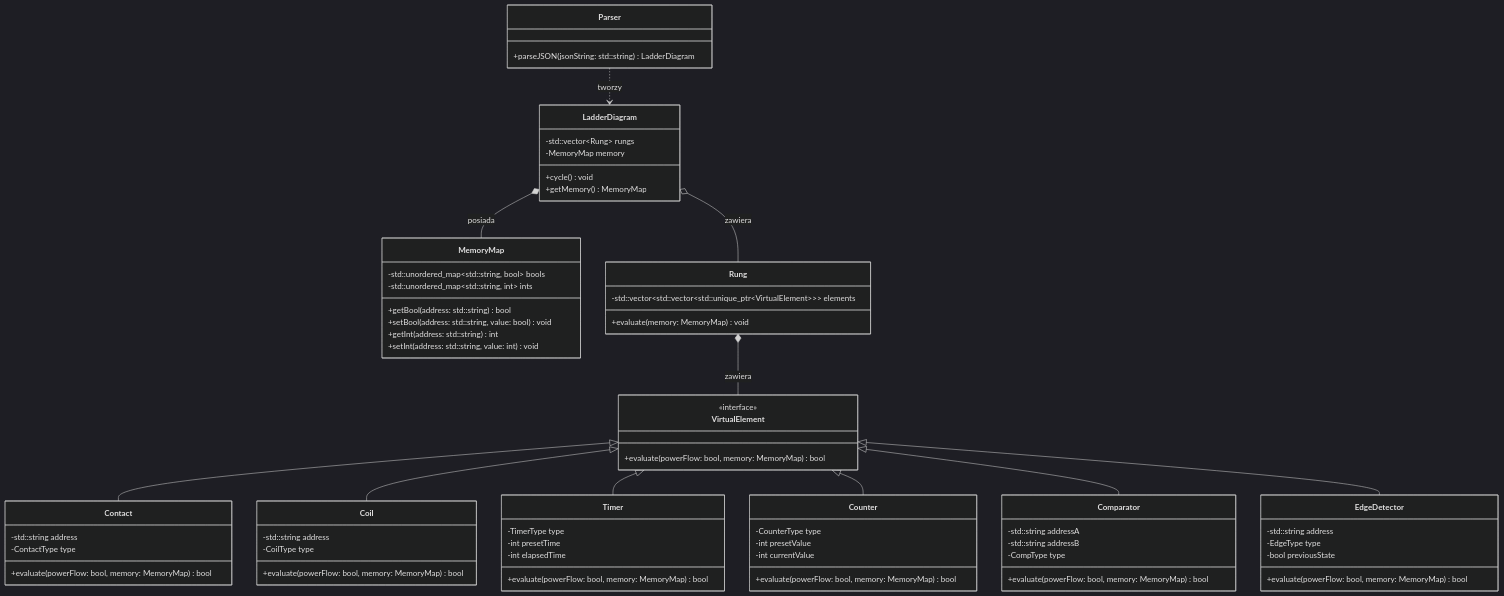
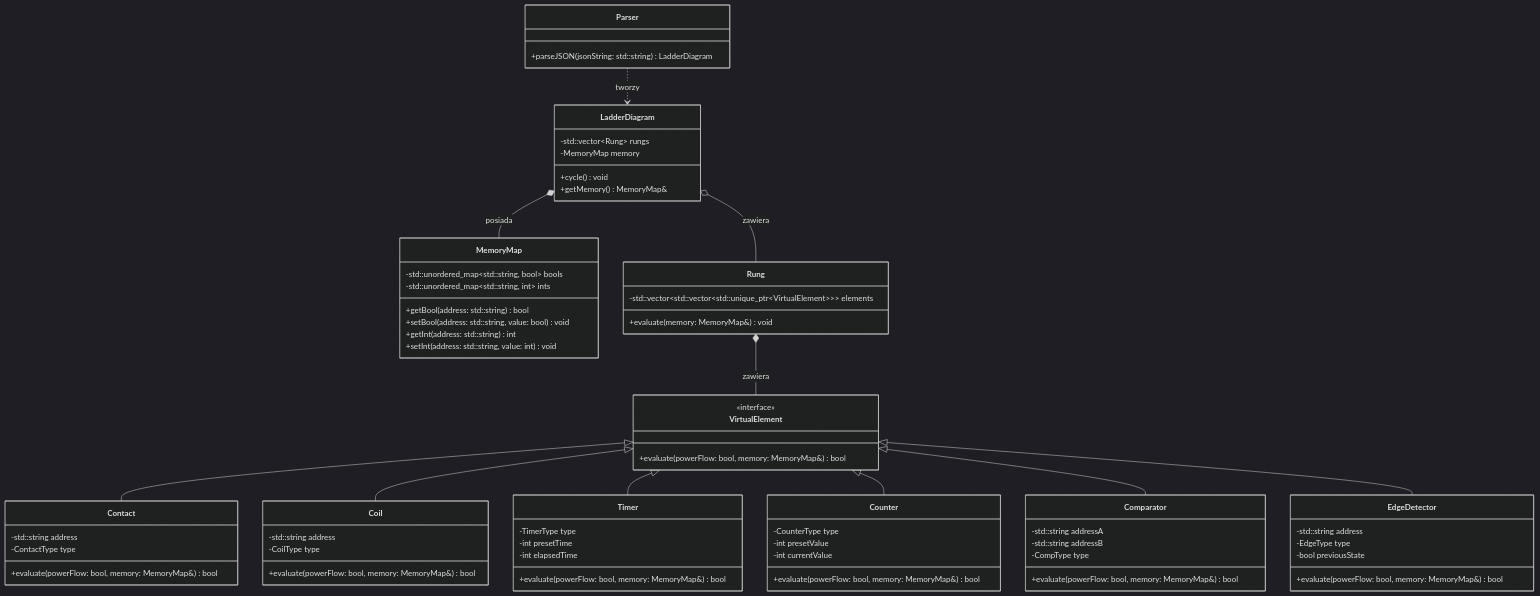
The diagram in docs/UML/README.md (KN-Algo/LD-Lab), drawn with Mermaid (dark theme) before and after one commit.

Commit message:
docs: use MemoryMap& reference semantics in UML evaluate signatures
Agent-Logs-Url: https://github.com/KN-Algo/LD-Lab/sessions/398cd7e5-936a-4cd8-babb-3d73fba2200b

```diff
--- a/docs/UML/README.md
+++ b/docs/UML/README.md
@@ -6,7 +6,7 @@
 classDiagram
     class VirtualElement {
         <<interface>>
-        +evaluate(powerFlow: bool, memory: MemoryMap) bool
+        +evaluate(powerFlow: bool, memory: MemoryMap&) bool
     }
 
     class MemoryMap {
@@ -21,53 +21,53 @@
     class Contact {
         -std::string address
         -ContactType type
-        +evaluate(powerFlow: bool, memory: MemoryMap) bool
+        +evaluate(powerFlow: bool, memory: MemoryMap&) bool
     }
 
     class Coil {
         -std::string address
         -CoilType type
-        +evaluate(powerFlow: bool, memory: MemoryMap) bool
+        +evaluate(powerFlow: bool, memory: MemoryMap&) bool
     }
 
     class Timer {
         -TimerType type
         -int presetTime
         -int elapsedTime
-        +evaluate(powerFlow: bool, memory: MemoryMap) bool
+        +evaluate(powerFlow: bool, memory: MemoryMap&) bool
     }
 
     class Counter {
         -CounterType type
         -int presetValue
         -int currentValue
-        +evaluate(powerFlow: bool, memory: MemoryMap) bool
+        +evaluate(powerFlow: bool, memory: MemoryMap&) bool
     }
 
     class Comparator {
         -std::string addressA
         -std::string addressB
         -CompType type
-        +evaluate(powerFlow: bool, memory: MemoryMap) bool
+        +evaluate(powerFlow: bool, memory: MemoryMap&) bool
     }
 
     class EdgeDetector {
         -std::string address
         -EdgeType type
         -bool previousState
-        +evaluate(powerFlow: bool, memory: MemoryMap) bool
+        +evaluate(powerFlow: bool, memory: MemoryMap&) bool
     }
 
     class Rung {
         -std::vector~std::vector~std::unique_ptr~VirtualElement~~~ elements
-        +evaluate(memory: MemoryMap) void
+        +evaluate(memory: MemoryMap&) void
     }
 
     class LadderDiagram {
         -std::vector~Rung~ rungs
         -MemoryMap memory
         +cycle() void
-        +getMemory() MemoryMap
+        +getMemory() MemoryMap&
     }
 
     class Parser {
```
